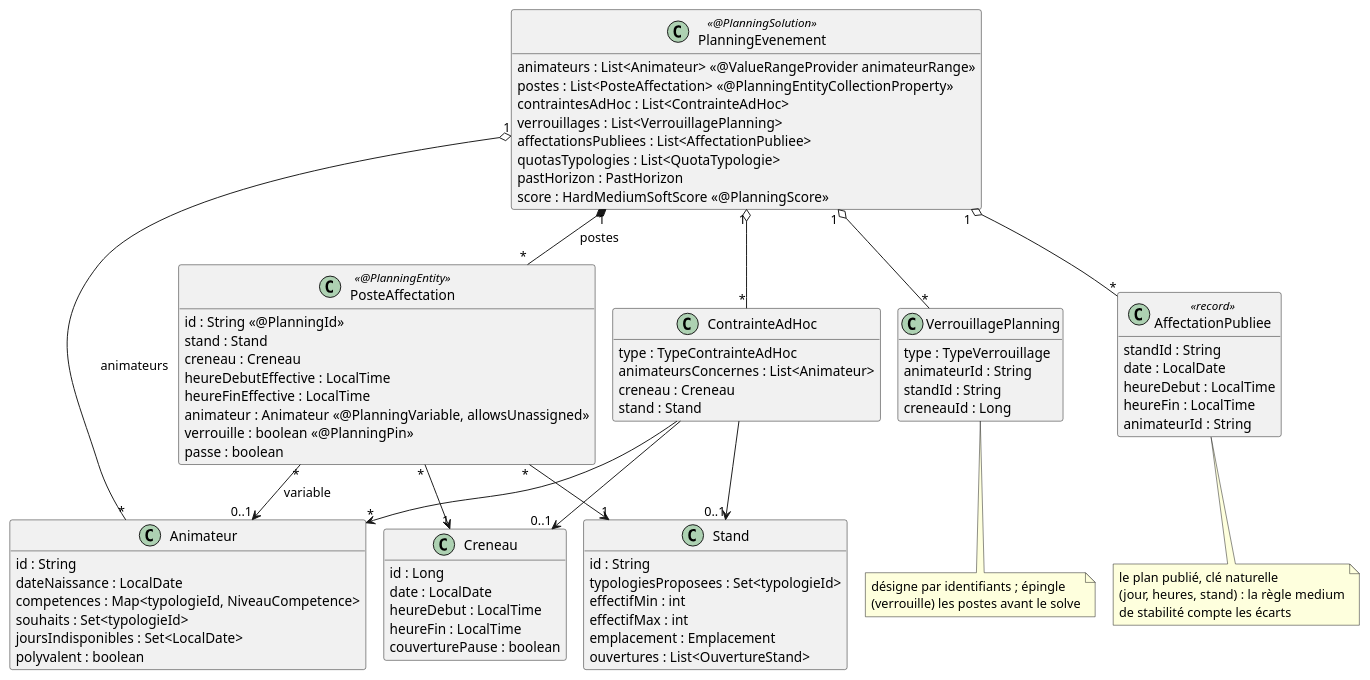
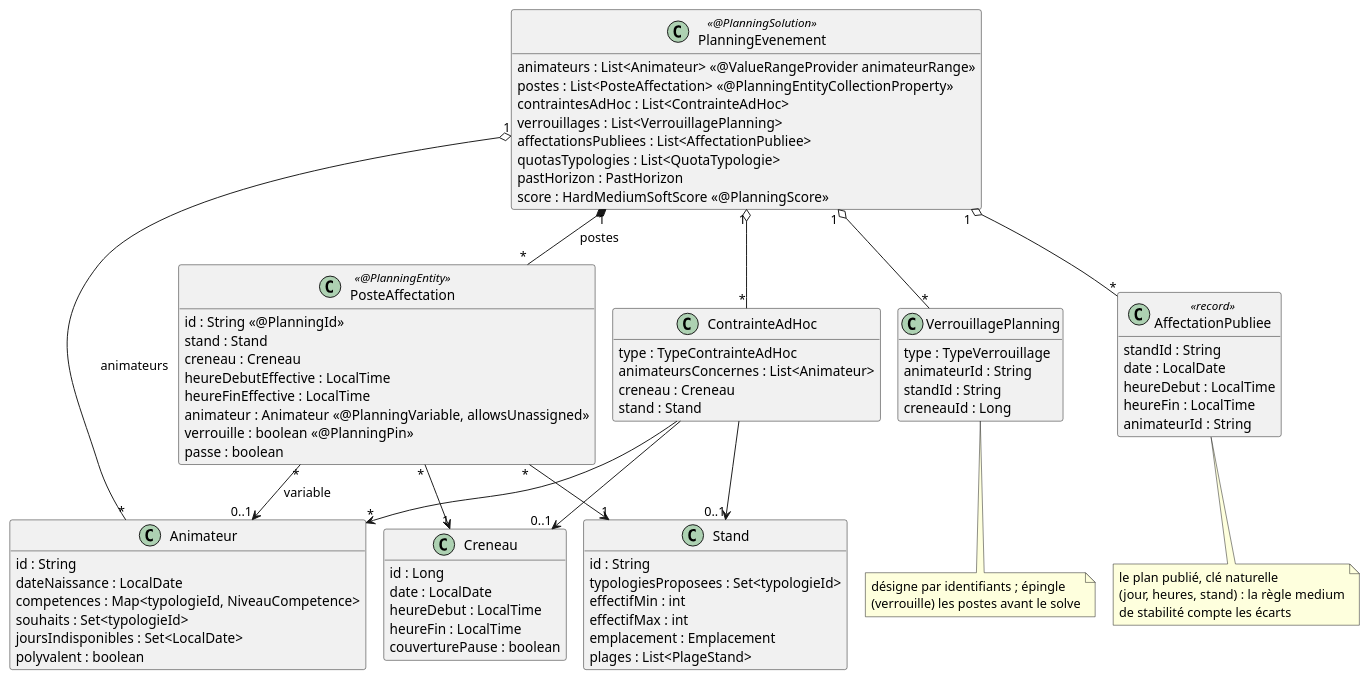
One commit to sylvainmetayer/planning-equipes changed the diagram in docs/diagrammes/domaine.puml. Above: the diagram before and after it, drawn with PlantUML. The commit also changed 175 other files, not shown here.

First line of the commit message:
feat(stand)!: les horaires deviennent une liste de plages datées (#335)

```diff
--- a/docs/diagrammes/domaine.puml
+++ b/docs/diagrammes/domaine.puml
@@ -1,104 +1,104 @@
 @startuml
 ' Le modèle Timefold : une solution, une seule entité, une seule variable.
 ' Un poste est une place à tenir sur un stand pendant un créneau ; le solveur
 ' choisit qui la tient. Pas de variable fantôme. Les typologies ne sont pas
 ' des classes : des identifiants, portés par les animateurs et les stands.
 ' Seuls les champs qui comptent pour le solveur sont dessinés.
 ' Voir site/src/docs/comprendre/modele-des-donnees.md.
 !pragma layout smetana
 skinparam backgroundColor #FFFFFF
 skinparam classAttributeIconSize 0
 hide empty methods
 
 class PlanningEvenement <<@PlanningSolution>> {
   animateurs : List<Animateur> <<@ValueRangeProvider animateurRange>>
   postes : List<PosteAffectation> <<@PlanningEntityCollectionProperty>>
   contraintesAdHoc : List<ContrainteAdHoc>
   verrouillages : List<VerrouillagePlanning>
   affectationsPubliees : List<AffectationPubliee>
   quotasTypologies : List<QuotaTypologie>
   pastHorizon : PastHorizon
   score : HardMediumSoftScore <<@PlanningScore>>
 }
 
 class PosteAffectation <<@PlanningEntity>> {
   id : String <<@PlanningId>>
   stand : Stand
   creneau : Creneau
   heureDebutEffective : LocalTime
   heureFinEffective : LocalTime
   animateur : Animateur <<@PlanningVariable, allowsUnassigned>>
   verrouille : boolean <<@PlanningPin>>
   passe : boolean
 }
 
 class Animateur {
   id : String
   dateNaissance : LocalDate
   competences : Map<typologieId, NiveauCompetence>
   souhaits : Set<typologieId>
   joursIndisponibles : Set<LocalDate>
   polyvalent : boolean
 }
 
 class Stand {
   id : String
   typologiesProposees : Set<typologieId>
   effectifMin : int
   effectifMax : int
   emplacement : Emplacement
-  ouvertures : List<OuvertureStand>
+  plages : List<PlageStand>
 }
 
 class Creneau {
   id : Long
   date : LocalDate
   heureDebut : LocalTime
   heureFin : LocalTime
   couverturePause : boolean
 }
 
 class ContrainteAdHoc {
   type : TypeContrainteAdHoc
   animateursConcernes : List<Animateur>
   creneau : Creneau
   stand : Stand
 }
 
 class VerrouillagePlanning {
   type : TypeVerrouillage
   animateurId : String
   standId : String
   creneauId : Long
 }
 
 class AffectationPubliee <<record>> {
   standId : String
   date : LocalDate
   heureDebut : LocalTime
   heureFin : LocalTime
   animateurId : String
 }
 
 PlanningEvenement "1" *-- "*" PosteAffectation : postes
 PlanningEvenement "1" o-- "*" Animateur : animateurs
 PlanningEvenement "1" o-- "*" ContrainteAdHoc
 PlanningEvenement "1" o-- "*" VerrouillagePlanning
 PlanningEvenement "1" o-- "*" AffectationPubliee
 PosteAffectation "*" --> "1" Stand
 PosteAffectation "*" --> "1" Creneau
 PosteAffectation "*" --> "0..1" Animateur : variable
 ContrainteAdHoc --> "*" Animateur
 ContrainteAdHoc --> "0..1" Creneau
 ContrainteAdHoc --> "0..1" Stand
 
 note bottom of VerrouillagePlanning
   désigne par identifiants ; épingle
   (verrouille) les postes avant le solve
 end note
 note bottom of AffectationPubliee
   le plan publié, clé naturelle
   (jour, heures, stand) : la règle medium
   de stabilité compte les écarts
 end note
 @enduml
```
